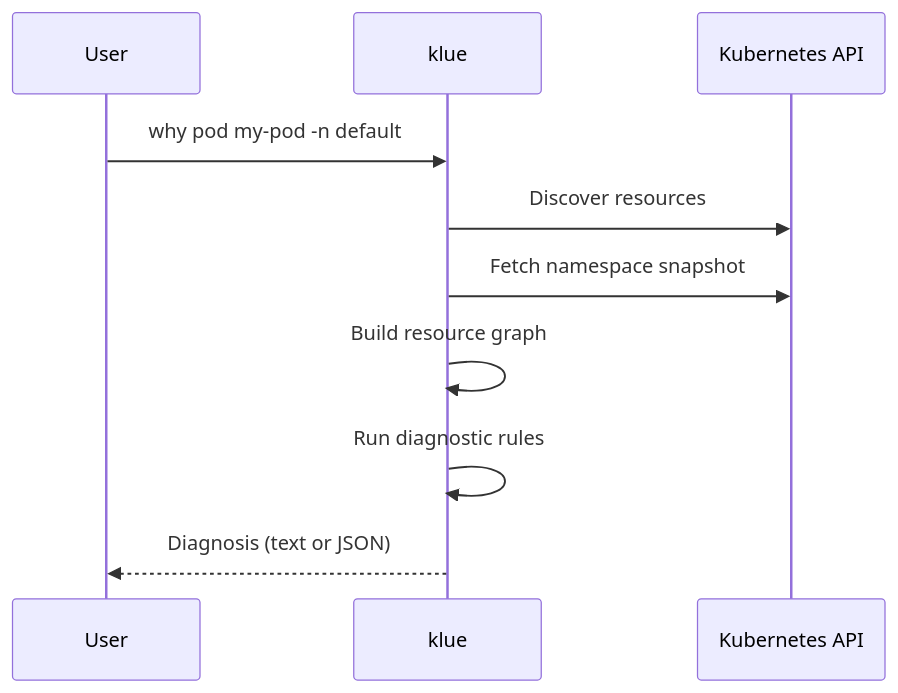
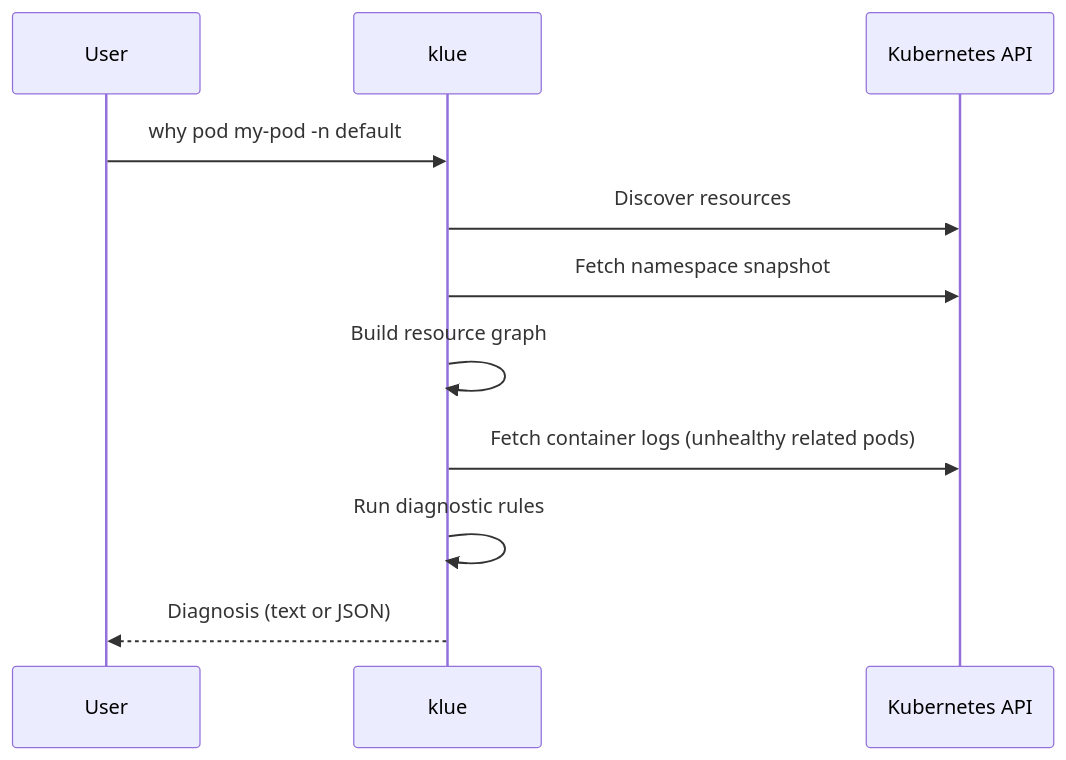
One commit to gabor-boros/klue changed the diagram in docs/usage/why.md. Above: the diagram before and after it, drawn with Mermaid. The commit also changed other lines of this file and 51 other files, not shown here.

````diff
--- a/docs/usage/why.md
+++ b/docs/usage/why.md
@@ -59,13 +59,14 @@
 ```mermaid
 sequenceDiagram
   participant User
   participant klue
   participant API as Kubernetes API
 
   User->>klue: why pod my-pod -n default
   klue->>API: Discover resources
   klue->>API: Fetch namespace snapshot
   klue->>klue: Build resource graph
+  klue->>API: Fetch container logs (unhealthy related pods)
   klue->>klue: Run diagnostic rules
   klue-->>User: Diagnosis (text or JSON)
 ```
````
